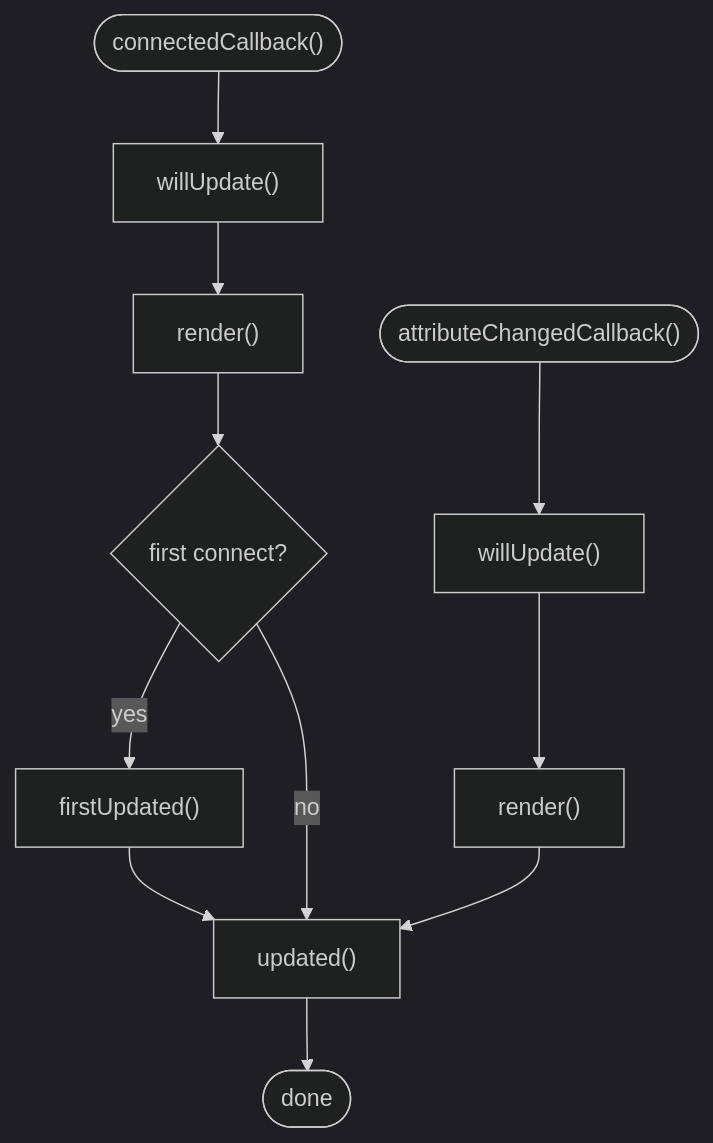
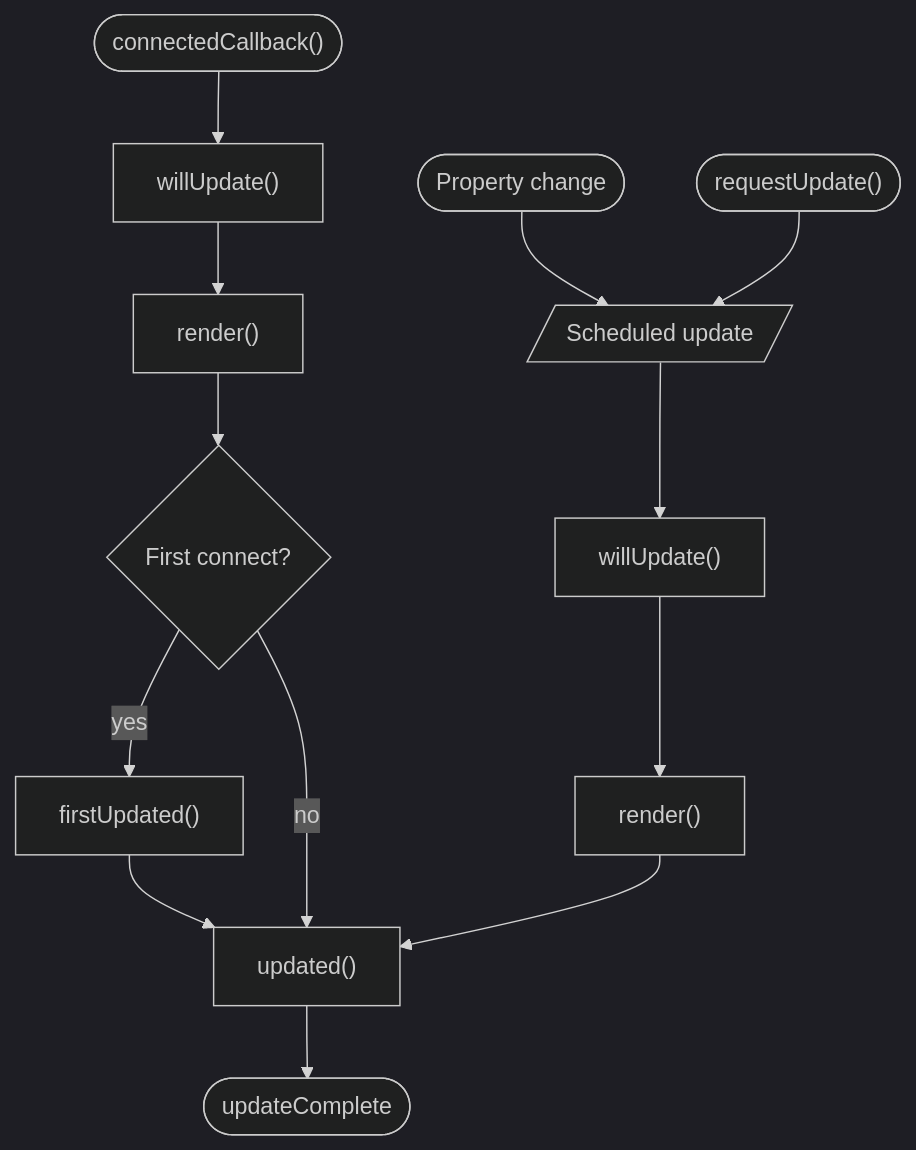
The diagram in docs/components/lifecycle.md (getelena/elena), drawn with Mermaid (dark theme) before and after one commit. The commit also changed other lines of this file and 3 other files, not shown here.

````diff
--- a/docs/components/lifecycle.md
+++ b/docs/components/lifecycle.md
@@ -3,14 +11,16 @@
 ```mermaid
 flowchart TD
     A([connectedCallback#40;#41;]) --> B[willUpdate#40;#41;]
     B --> C[render#40;#41;]
-    C --> D{first connect?}
+    C --> D{First connect?}
     D -->|yes| E[firstUpdated#40;#41;]
     E --> F[updated#40;#41;]
-    D -->|no| F[updated#40;#41;]
-    F --> G([done])
+    D -->|no| F
+    F --> G([updateComplete])
 
-    H([attributeChangedCallback#40;#41;]) --> I[willUpdate#40;#41;]
-    I --> J[render#40;#41;]
-    J --> F
+    H([Property change]) --> S[/Scheduled update/]
+    R([requestUpdate#40;#41;]) --> S
+    S --> J[willUpdate#40;#41;]
+    J --> L[render#40;#41;]
+    L --> F
 ```
````
